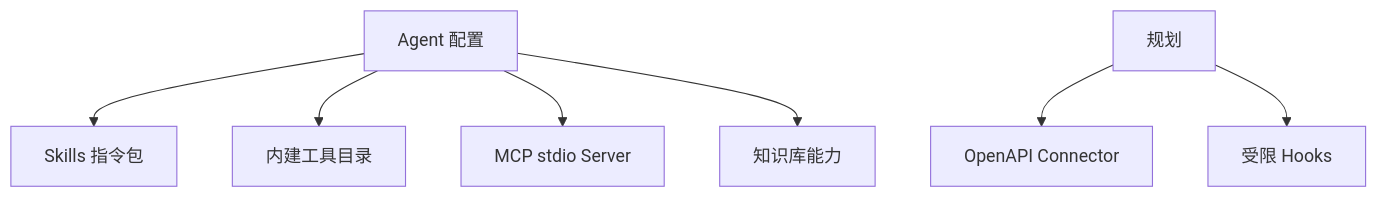
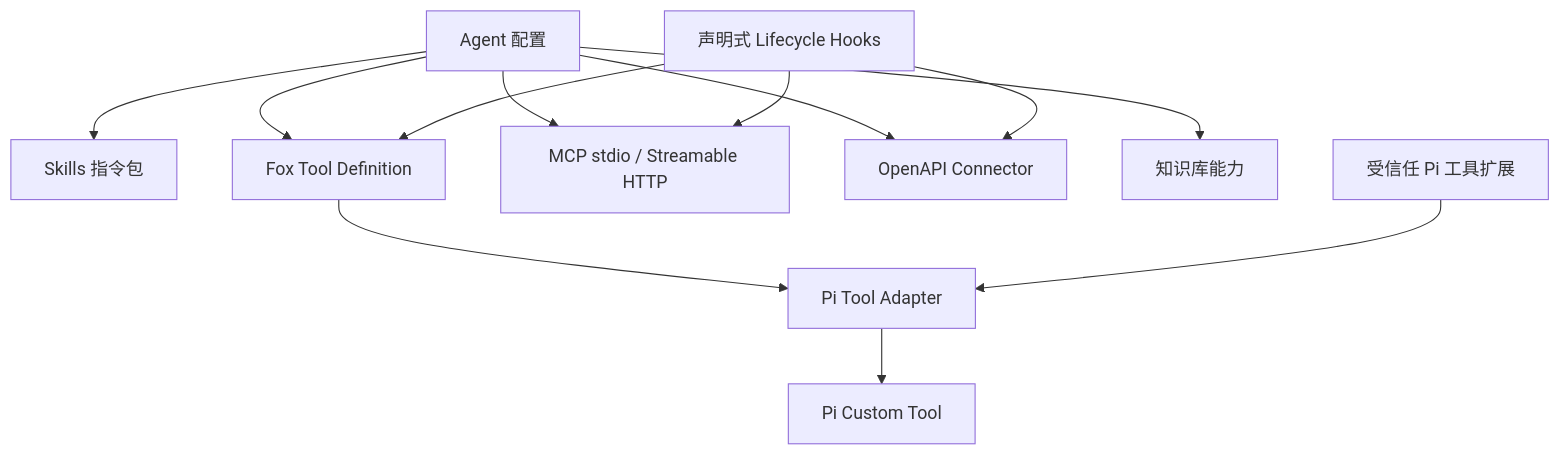
The diagram in docs/02-架构/扩展系统架构.md (Hry1729/Fox-Agent), drawn with Mermaid before and after one commit. The commit also changed other lines of this file and 224 other files, not shown here.

````diff
--- a/docs/02-架构/扩展系统架构.md
+++ b/docs/02-架构/扩展系统架构.md
@@ -10,9 +10,14 @@
 ```mermaid
 flowchart TD
     AGENT["Agent 配置"] --> SKILL["Skills 指令包"]
-    AGENT --> TOOL["内建工具目录"]
-    AGENT --> MCP["MCP stdio Server"]
+    AGENT --> TOOL["Fox Tool Definition"]
+    TOOL --> PIADAPTER["Pi Tool Adapter"]
+    PIADAPTER --> PIRUNTIME["Pi Custom Tool"]
+    AGENT --> MCP["MCP stdio / Streamable HTTP"]
+    AGENT --> OPENAPI["OpenAPI Connector"]
     AGENT --> KNOW["知识库能力"]
-    FUTURE["规划"] --> OPENAPI["OpenAPI Connector"]
-    FUTURE --> HOOK["受限 Hooks"]
+    PIEXT["受信任 Pi 工具扩展"] --> PIADAPTER
+    POLICY["声明式 Lifecycle Hooks"] --> TOOL
+    POLICY --> MCP
+    POLICY --> OPENAPI
 ```
````
